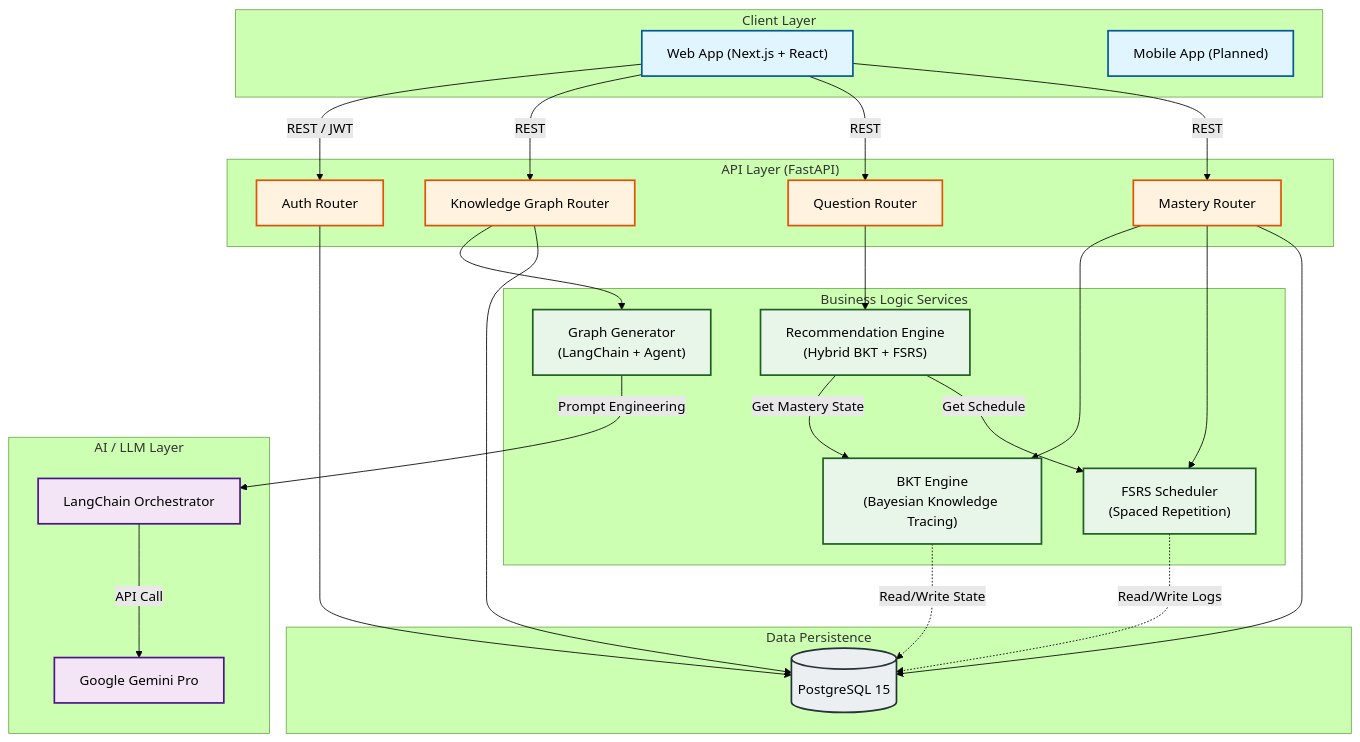
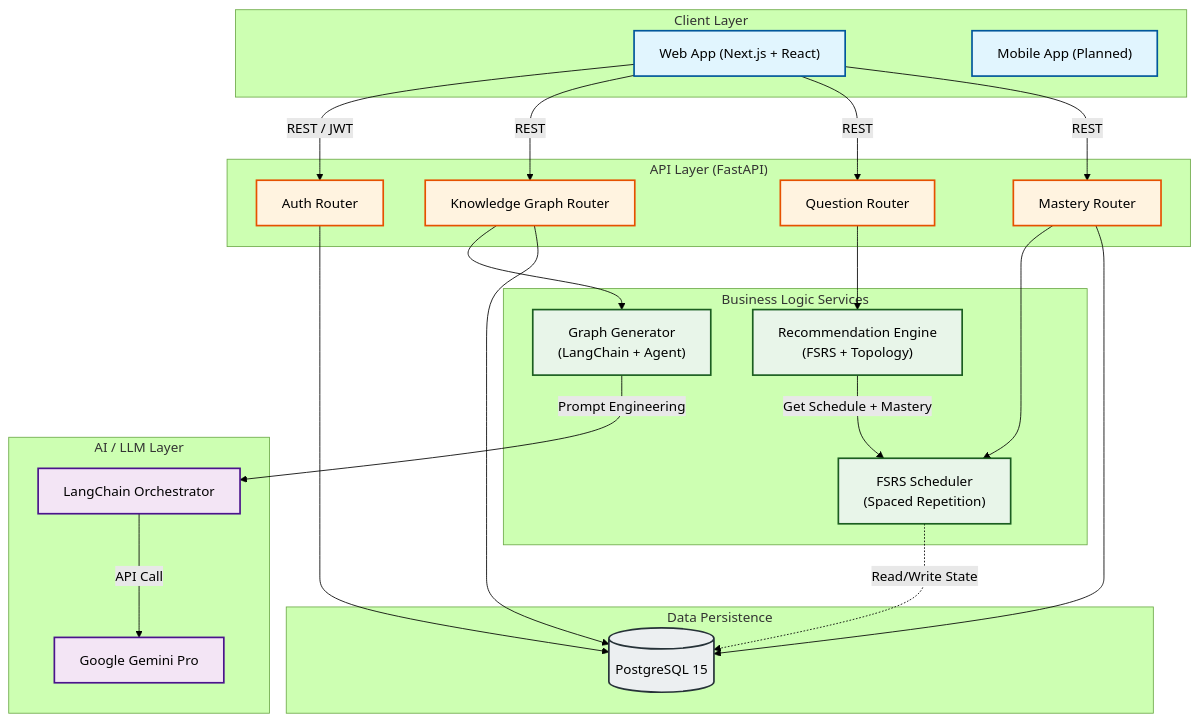
One commit to DengNaichen/aether changed the first of 2 diagrams in docs/architecture.md. Above: the diagram before and after it, drawn with Mermaid (forest theme). The commit also changed other lines of this file and 8 other files, not shown here.

````diff
--- a/docs/architecture.md
+++ b/docs/architecture.md
@@ -3,72 +3,68 @@
 ```mermaid
 graph TD
     %% Client Layer
     subgraph Client ["Client Layer"]
         WebApp["Web App (Next.js + React)"]
         Mobile["Mobile App (Planned)"]
     end
 
     %% API Layer
     subgraph API ["API Layer (FastAPI)"]
         Auth["Auth Router"]
         GraphAPI["Knowledge Graph Router"]
         QuestionAPI["Question Router"]
         MasteryAPI["Mastery Router"]
     end
 
     %% Service Layer
     subgraph Services ["Business Logic Services"]
-        BKT["BKT Engine<br/>(Bayesian Knowledge Tracing)"]
         FSRS["FSRS Scheduler<br/>(Spaced Repetition)"]
         GraphGen["Graph Generator<br/>(LangChain + Agent)"]
-        RecEngine["Recommendation Engine<br/>(Hybrid BKT + FSRS)"]
+        RecEngine["Recommendation Engine<br/>(FSRS + Topology)"]
     end
 
     %% AI Layer
     subgraph AI ["AI / LLM Layer"]
         Gemini["Google Gemini Pro"]
         LangChain["LangChain Orchestrator"]
     end
 
     %% Data Layer
     subgraph Data ["Data Persistence"]
         Postgres[("PostgreSQL 15")]
     end
 
     %% Connections
     WebApp -->|REST / JWT| Auth
     WebApp -->|REST| GraphAPI
     WebApp -->|REST| QuestionAPI
     WebApp -->|REST| MasteryAPI
 
     GraphAPI --> GraphGen
     GraphGen -->|Prompt Engineering| LangChain
     LangChain -->|API Call| Gemini
     
     QuestionAPI --> RecEngine
-    RecEngine -->|Get Mastery State| BKT
-    RecEngine -->|Get Schedule| FSRS
+    RecEngine -->|Get Schedule + Mastery| FSRS
     
-    MasteryAPI --> BKT
     MasteryAPI --> FSRS
 
     %% Database Connections
     Auth --> Postgres
     GraphAPI --> Postgres
     MasteryAPI --> Postgres
-    BKT -.->|Read/Write State| Postgres
-    FSRS -.->|Read/Write Logs| Postgres
+    FSRS -.->|Read/Write State| Postgres
 
     %% Styling
     classDef client fill:#e1f5fe,stroke:#01579b,stroke-width:2px;
     classDef api fill:#fff3e0,stroke:#e65100,stroke-width:2px;
     classDef service fill:#e8f5e9,stroke:#1b5e20,stroke-width:2px;
     classDef ai fill:#f3e5f5,stroke:#4a148c,stroke-width:2px;
     classDef data fill:#eceff1,stroke:#263238,stroke-width:2px;
 
     class WebApp,Mobile client;
     class Auth,GraphAPI,QuestionAPI,MasteryAPI api;
     class BKT,FSRS,GraphGen,RecEngine service;
     class Gemini,LangChain ai;
     class Postgres data;
 ```
````
